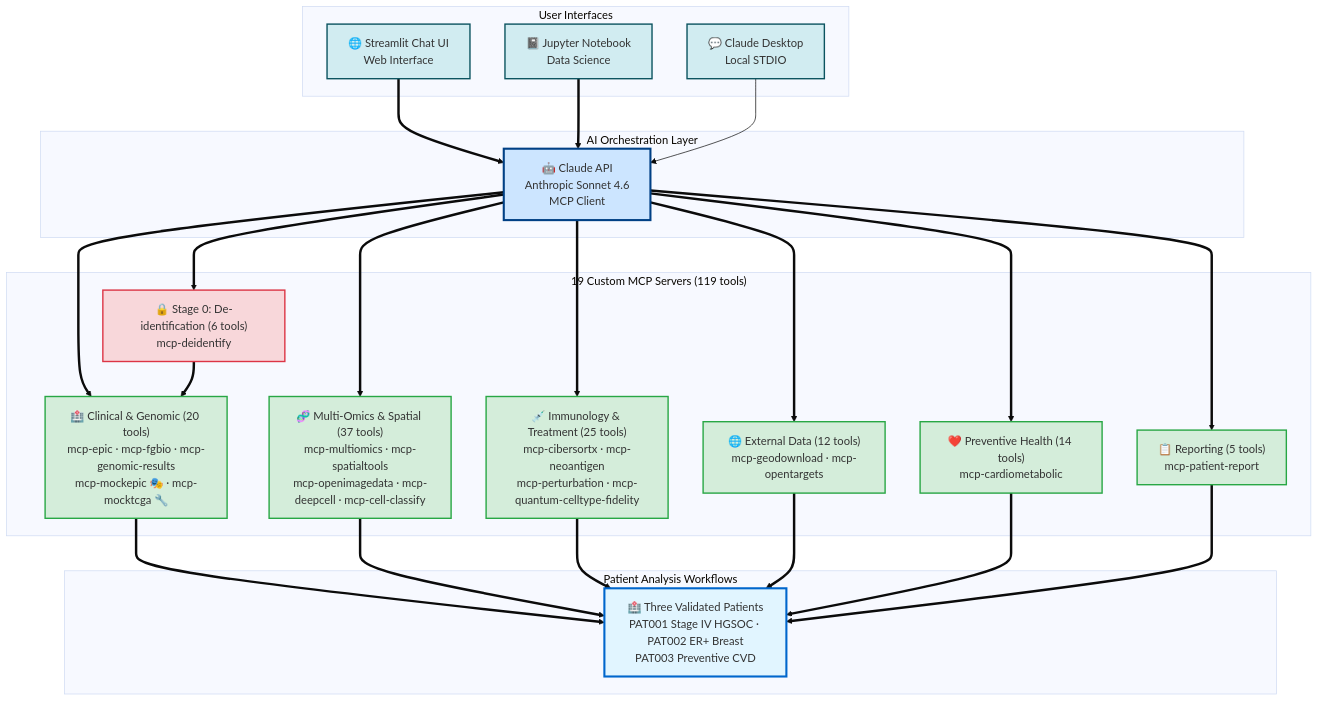
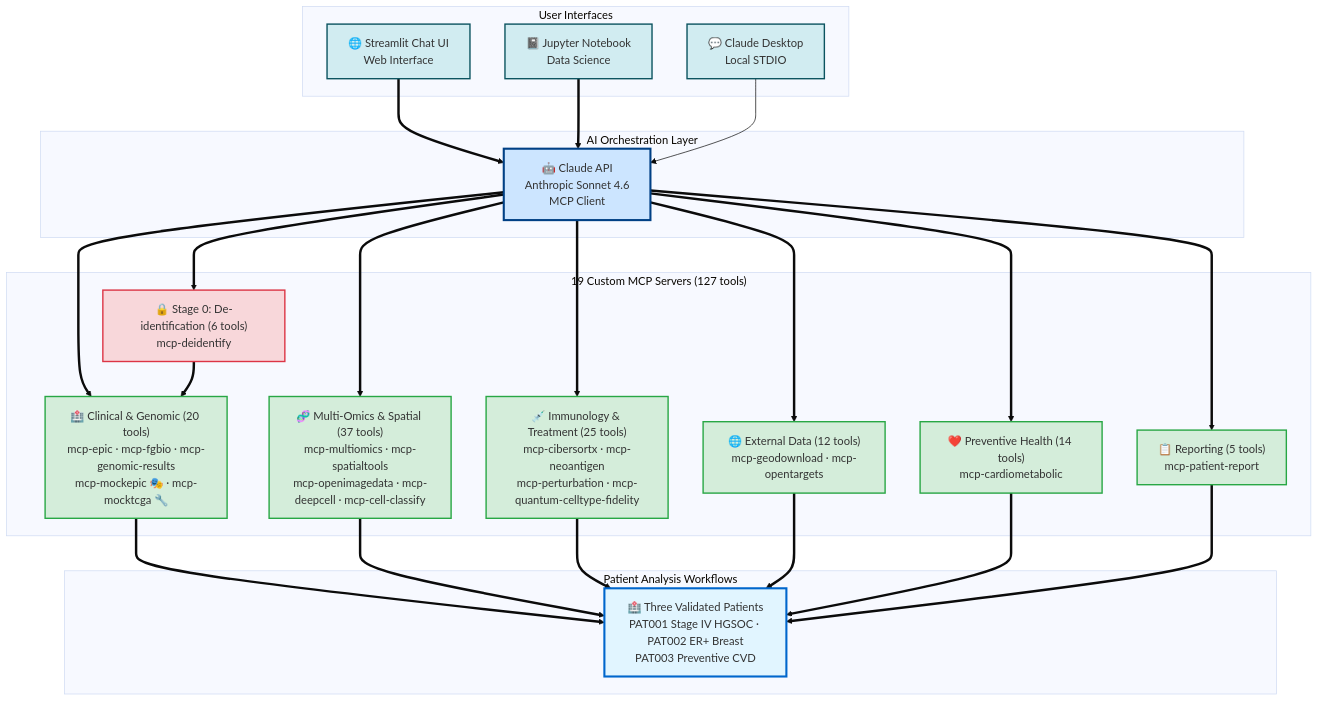
Before and after one commit to lynnlangit/spatial-mcp: the second of 2 diagrams in docs/for-developers/README.md, drawn with Mermaid (base theme). The commit also changed 17 other files, not shown here.

````diff
--- a/docs/for-developers/README.md
+++ b/docs/for-developers/README.md
@@ -90,59 +90,59 @@
 ```mermaid
 graph TB
     subgraph "User Interfaces"
         STREAMLIT["🌐 Streamlit Chat UI<br/>Web Interface"]
         JUPYTER["📓 Jupyter Notebook<br/>Data Science"]
         DESKTOP["💬 Claude Desktop<br/>Local STDIO"]
     end
 
     subgraph "AI Orchestration Layer"
         API["🤖 Claude API<br/>Anthropic Sonnet 4.6<br/>MCP Client"]
     end
 
-    subgraph "19 Custom MCP Servers (119 tools)"
+    subgraph "19 Custom MCP Servers (127 tools)"
         STAGE0["🔒 Stage 0: De-identification (6 tools)<br/>mcp-deidentify"]
         CLINICAL["🏥 Clinical & Genomic (20 tools)<br/>mcp-epic · mcp-fgbio · mcp-genomic-results<br/>mcp-mockepic 🎭 · mcp-mocktcga 🔧"]
         OMICS["🧬 Multi-Omics & Spatial (37 tools)<br/>mcp-multiomics · mcp-spatialtools<br/>mcp-openimagedata · mcp-deepcell · mcp-cell-classify"]
         IMMUNO["💉 Immunology & Treatment (25 tools)<br/>mcp-cibersortx · mcp-neoantigen<br/>mcp-perturbation · mcp-quantum-celltype-fidelity"]
         EXTDATA["🌐 External Data (12 tools)<br/>mcp-geodownload · mcp-opentargets"]
         PREVENT["❤️ Preventive Health (14 tools)<br/>mcp-cardiometabolic"]
         REPORT["📋 Reporting (5 tools)<br/>mcp-patient-report"]
     end
 
     subgraph "Patient Analysis Workflows"
         PATIENT["🏥 Three Validated Patients<br/>PAT001 Stage IV HGSOC · PAT002 ER+ Breast<br/>PAT003 Preventive CVD"]
     end
 
     STREAMLIT ==> API
     JUPYTER ==> API
     DESKTOP --> API
 
     API ==> STAGE0
     API ==> CLINICAL
     API ==> OMICS
     API ==> IMMUNO
     API ==> EXTDATA
     API ==> PREVENT
     API ==> REPORT
 
     STAGE0 ==> CLINICAL
     CLINICAL ==> PATIENT
     OMICS ==> PATIENT
     IMMUNO ==> PATIENT
     EXTDATA ==> PATIENT
     PREVENT ==> PATIENT
     REPORT ==> PATIENT
 
     style STREAMLIT fill:#d1ecf1,stroke:#0c5460,stroke-width:2px
     style JUPYTER fill:#d1ecf1,stroke:#0c5460,stroke-width:2px
     style DESKTOP fill:#d1ecf1,stroke:#0c5460,stroke-width:2px
     style API fill:#cce5ff,stroke:#004085,stroke-width:3px
     style PATIENT fill:#e1f5ff,stroke:#0066cc,stroke-width:3px
     style STAGE0 fill:#f8d7da,stroke:#dc3545,stroke-width:2px
     style CLINICAL fill:#d4edda,stroke:#28a745,stroke-width:2px
     style OMICS fill:#d4edda,stroke:#28a745,stroke-width:2px
     style IMMUNO fill:#d4edda,stroke:#28a745,stroke-width:2px
     style EXTDATA fill:#d4edda,stroke:#28a745,stroke-width:2px
     style PREVENT fill:#d4edda,stroke:#28a745,stroke-width:2px
     style REPORT fill:#d4edda,stroke:#28a745,stroke-width:2px
 ```
````
